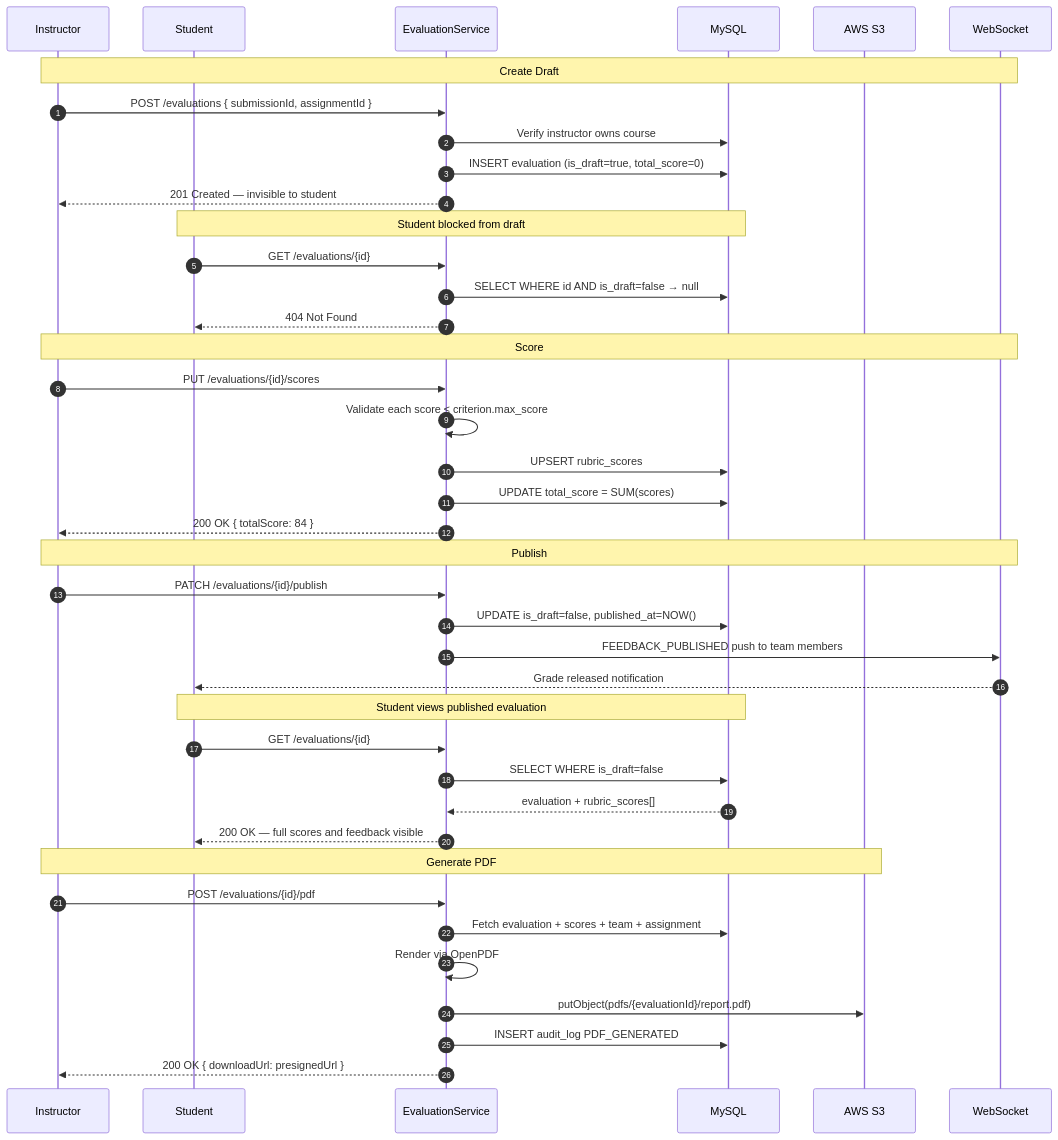
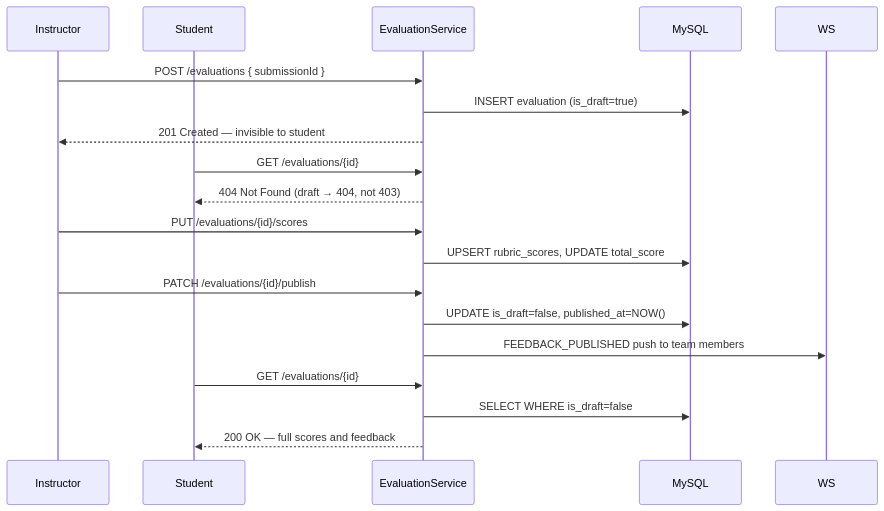
The sixth of 7 diagrams in ARCHITECTURE.md (olafabregas/Reviewflow), drawn with Mermaid before and after one commit. The commit also changed other lines of this file, not shown here.

Commit message:
Updating the Architecture file

````diff
--- a/ARCHITECTURE.md
+++ b/ARCHITECTURE.md
@@ -422,48 +253,25 @@
 ```mermaid
 sequenceDiagram
-    autonumber
     participant I as Instructor
     participant S as Student
     participant ES as EvaluationService
     participant DB as MySQL
-    participant S3 as AWS S3
-    participant WS as WebSocket
 
-    Note over I,WS: Create Draft
-    I->>ES: POST /evaluations { submissionId, assignmentId }
-    ES->>DB: Verify instructor owns course
-    ES->>DB: INSERT evaluation (is_draft=true, total_score=0)
+    I->>ES: POST /evaluations { submissionId }
+    ES->>DB: INSERT evaluation (is_draft=true)
     ES-->>I: 201 Created — invisible to student
 
-    Note over S,DB: Student blocked from draft
     S->>ES: GET /evaluations/{id}
-    ES->>DB: SELECT WHERE id AND is_draft=false → null
-    ES-->>S: 404 Not Found
+    ES-->>S: 404 Not Found (draft → 404, not 403)
 
-    Note over I,WS: Score
     I->>ES: PUT /evaluations/{id}/scores
-    ES->>ES: Validate each score ≤ criterion.max_score
-    ES->>DB: UPSERT rubric_scores
-    ES->>DB: UPDATE total_score = SUM(scores)
-    ES-->>I: 200 OK { totalScore: 84 }
+    ES->>DB: UPSERT rubric_scores, UPDATE total_score
 
-    Note over I,WS: Publish
     I->>ES: PATCH /evaluations/{id}/publish
     ES->>DB: UPDATE is_draft=false, published_at=NOW()
     ES->>WS: FEEDBACK_PUBLISHED push to team members
-    WS-->>S: Grade released notification
 
-    Note over S,DB: Student views published evaluation
     S->>ES: GET /evaluations/{id}
     ES->>DB: SELECT WHERE is_draft=false
-    DB-->>ES: evaluation + rubric_scores[]
-    ES-->>S: 200 OK — full scores and feedback visible
-
-    Note over I,S3: Generate PDF
-    I->>ES: POST /evaluations/{id}/pdf
-    ES->>DB: Fetch evaluation + scores + team + assignment
-    ES->>ES: Render via OpenPDF
-    ES->>S3: putObject(pdfs/{evaluationId}/report.pdf)
-    ES->>DB: INSERT audit_log PDF_GENERATED
-    ES-->>I: 200 OK { downloadUrl: presignedUrl }
+    ES-->>S: 200 OK — full scores and feedback
 ```
````
